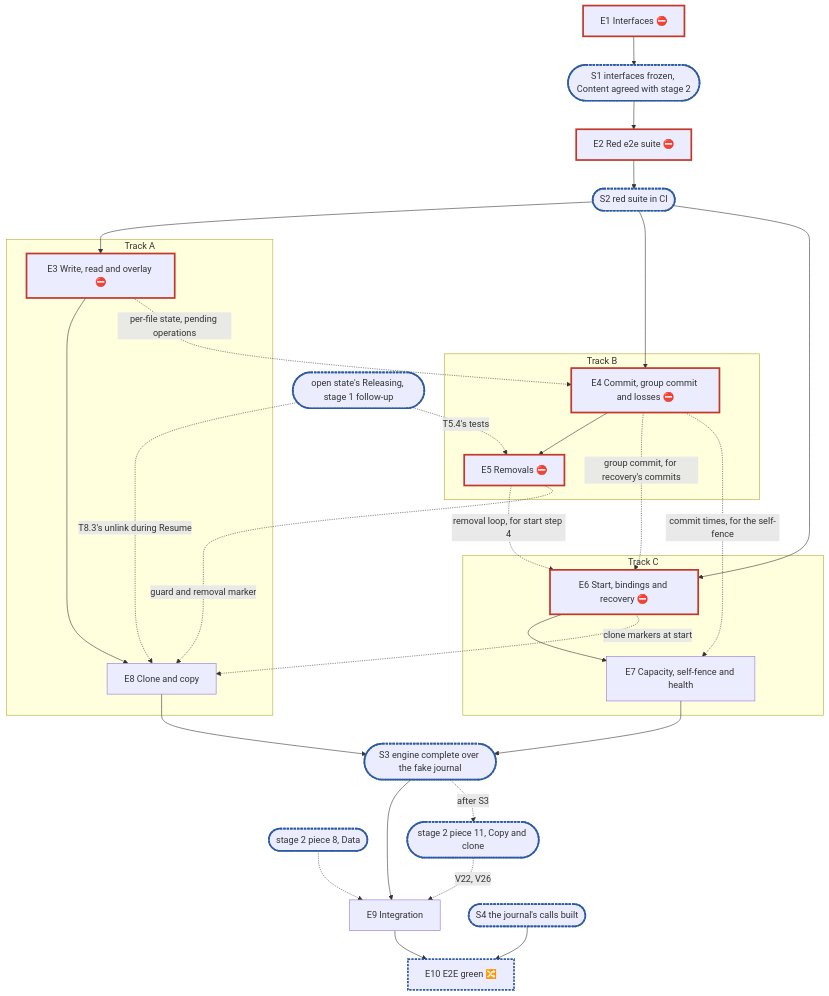
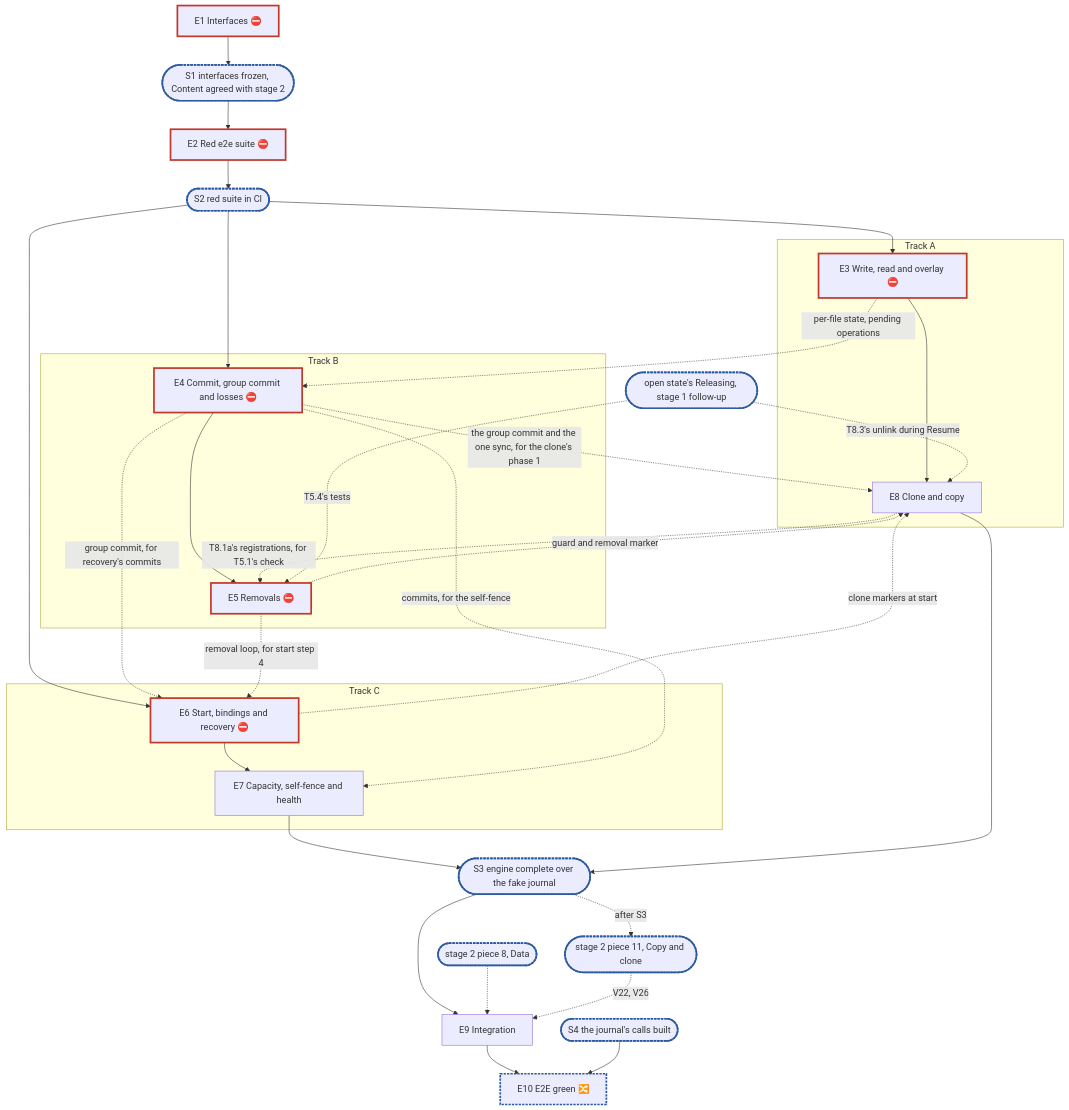
Before and after one commit to marmos91/dittofs: the diagram in docs/internals/planning/rfc-8-journal-only-engine-plan.md, drawn with Mermaid. The commit also changed other lines of this file and 30 other files, not shown here.

````diff
--- a/docs/internals/planning/rfc-8-journal-only-engine-plan.md
+++ b/docs/internals/planning/rfc-8-journal-only-engine-plan.md
@@ -401,31 +401,33 @@
 ```mermaid
 flowchart TD
   E1["E1 Interfaces ⛔"]:::blocker --> S1(["S1 interfaces frozen, Content agreed with stage 2"]):::sync
   S1 --> E2["E2 Red e2e suite ⛔"]:::blocker --> S2(["S2 red suite in CI"]):::sync
   subgraph A["Track A"]
     E3["E3 Write, read and overlay ⛔"]:::blocker --> E8["E8 Clone and copy"]
   end
   subgraph B["Track B"]
     E4["E4 Commit, group commit and losses ⛔"]:::blocker --> E5["E5 Removals ⛔"]:::blocker
   end
   subgraph C["Track C"]
     E6["E6 Start, bindings and recovery ⛔"]:::blocker --> E7["E7 Capacity, self-fence and health"]
   end
   S2 --> E3 & E4 & E6
   E3 -. "per-file state, pending operations" .-> E4
   E4 -. "group commit, for recovery's commits" .-> E6
   E5 -. "removal loop, for start step 4" .-> E6
-  E4 -. "commit times, for the self-fence" .-> E7
+  E4 -. "commits, for the self-fence" .-> E7
+  E4 -. "the group commit and the one sync, for the clone's phase 1" .-> E8
   E5 -. "guard and removal marker" .-> E8
+  E8 -. "T8.1a's registrations, for T5.1's check" .-> E5
   E6 -. "clone markers at start" .-> E8
   E7 & E8 --> S3(["S3 engine complete over the fake journal"]):::sync
   S3 --> E9["E9 Integration"]
   X(["stage 2 piece 8, Data"]):::sync -.-> E9
   S3 -. "after S3" .-> P11(["stage 2 piece 11, Copy and clone"]):::sync -. "V22, V26" .-> E9
   R(["open state's Releasing, stage 1 follow-up"]):::sync -. "T5.4's tests" .-> E5
   R -. "T8.3's unlink during Resume" .-> E8
   E9 --> E10["E10 E2E green 🔀"]:::sync
   S4(["S4 the journal's calls built"]):::sync --> E10
   classDef blocker stroke:#c0392b,stroke-width:3px
   classDef sync stroke:#2c5aa0,stroke-width:3px,stroke-dasharray:4 2
 ```
````
